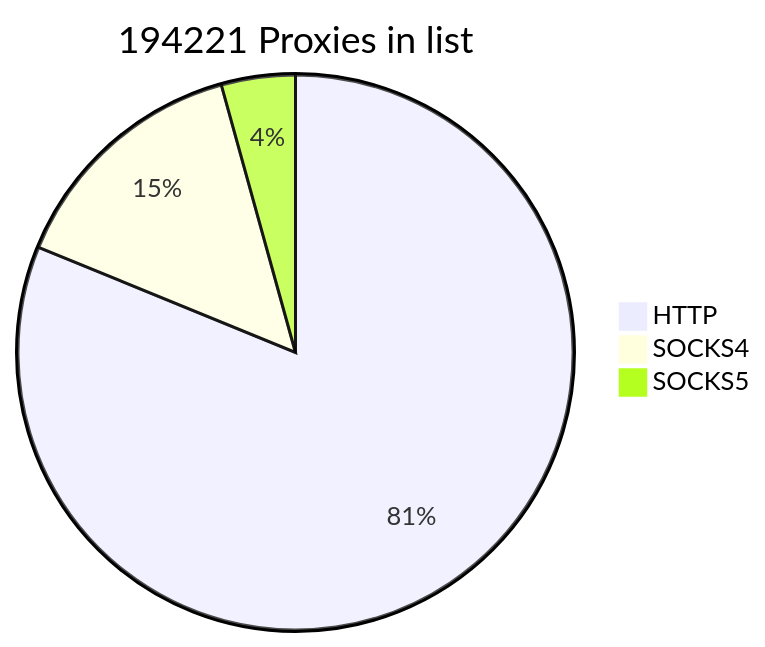
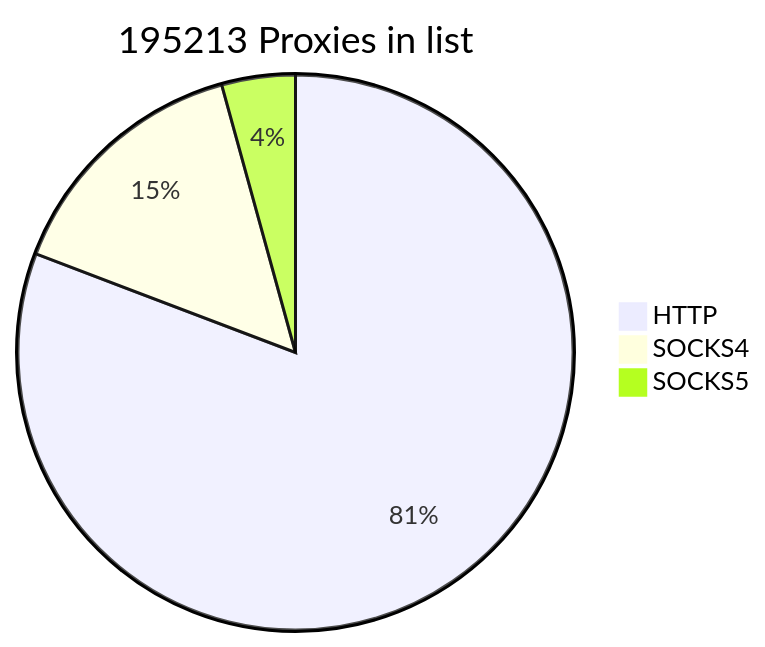
The first of 2 diagrams in README.md (cutipu/proxylist), drawn with Mermaid before and after one commit. The commit also changed other lines of this file, not shown here.

````diff
--- a/README.md
+++ b/README.md
@@ -2,7 +2,7 @@
 ```mermaid
-pie title 194221 Proxies in list
-    "HTTP" : 157674
-    "SOCKS4" : 28190
+pie title 195213 Proxies in list
+    "HTTP" : 157698
+    "SOCKS4" : 29158
     "SOCKS5" : 8357
             
 ```
````
